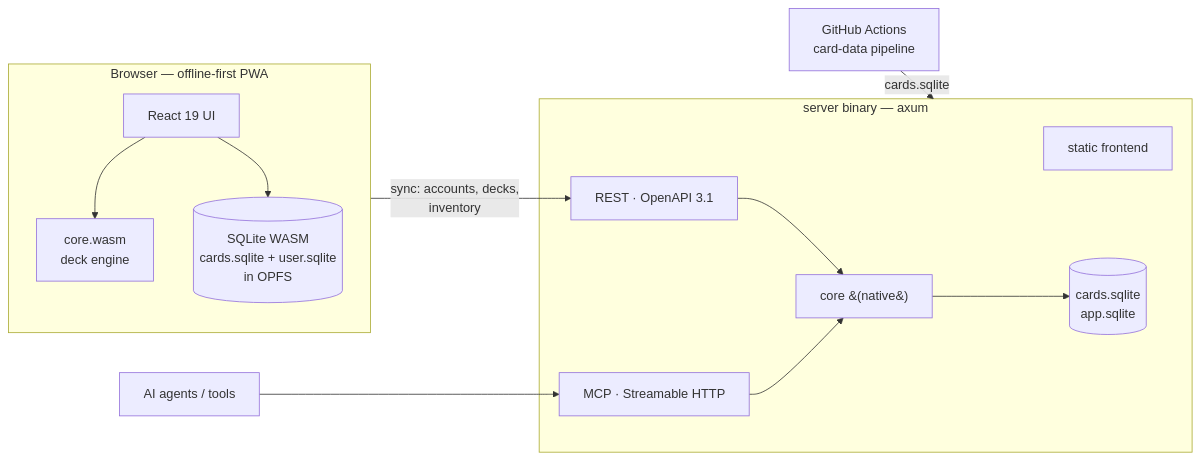
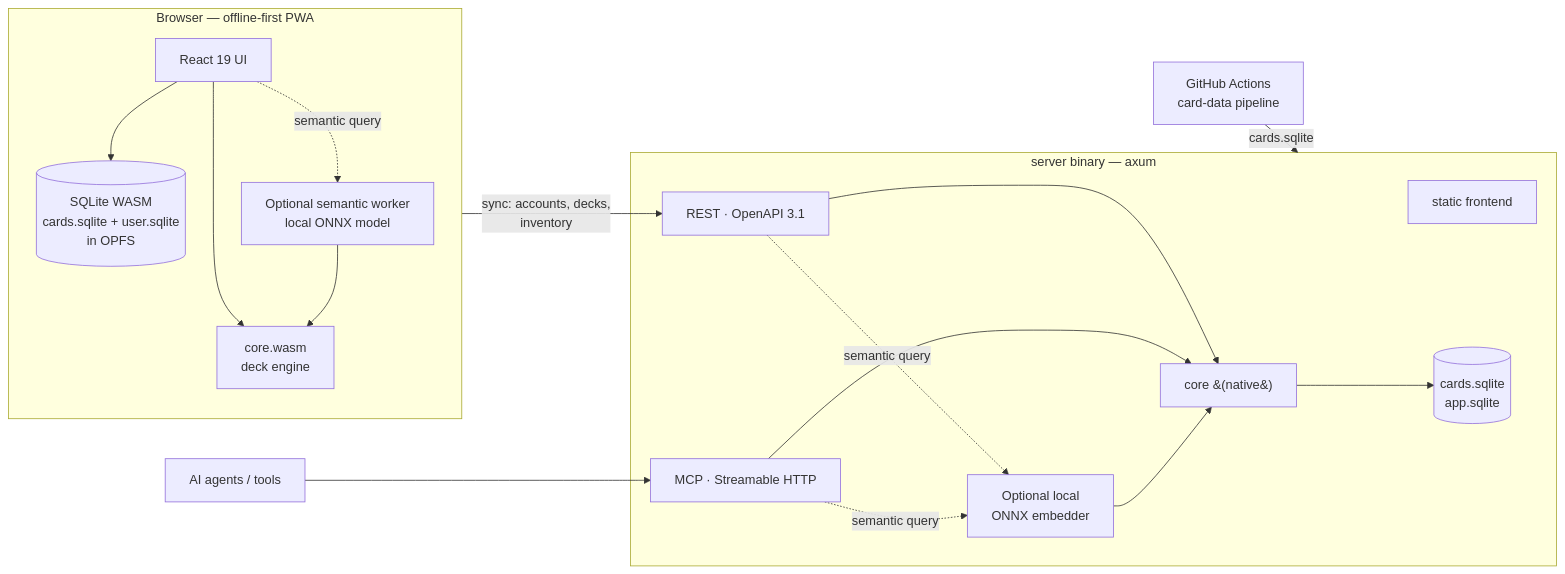
Before and after one commit to Ostaroar/schrecknet: the diagram in docs/architecture.md, drawn with Mermaid. The commit also changed other lines of this file and 4 other files, not shown here.

````diff
--- a/docs/architecture.md
+++ b/docs/architecture.md
@@ -72,24 +79,29 @@
 ```mermaid
 flowchart LR
     subgraph Browser [Browser — offline-first PWA]
         UI[React 19 UI]
         WASMCore[core.wasm<br/>deck engine]
+        EmbedWorker[Optional semantic worker<br/>local ONNX model]
         SQLW[(SQLite WASM<br/>cards.sqlite + user.sqlite<br/>in OPFS)]
         UI --> WASMCore
         UI --> SQLW
+        UI -. semantic query .-> EmbedWorker --> WASMCore
     end
 
     subgraph Server [server binary — axum]
         Static[static frontend]
         REST[REST · OpenAPI 3.1]
         MCP[MCP · Streamable HTTP]
         NativeCore[core &#40;native&#41;]
+        NativeEmbed[Optional local<br/>ONNX embedder]
         DB[(cards.sqlite<br/>app.sqlite)]
         REST --> NativeCore --> DB
         MCP --> NativeCore
+        REST -. semantic query .-> NativeEmbed --> NativeCore
+        MCP -. semantic query .-> NativeEmbed
     end
 
     Browser -- "sync: accounts, decks,<br/>inventory" --> REST
     Agents[AI agents / tools] --> MCP
     CI[GitHub Actions<br/>card-data pipeline] -- "cards.sqlite" --> Server
 ```
````
